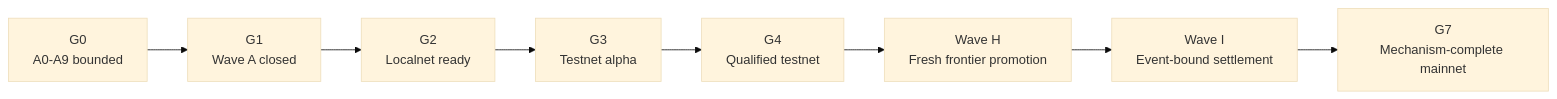
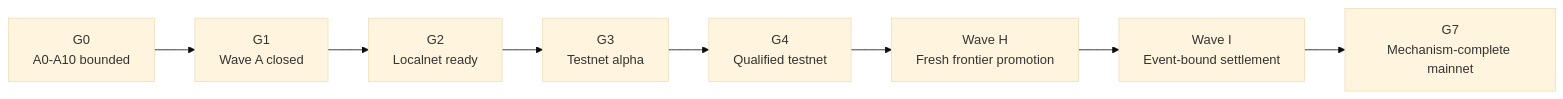
The diagram in launch/Carbon_Testnet_to_Mainnet_Launch_Path_v1.0.1.md (carbonphysicsai/Carbon), drawn with Mermaid (base theme) before and after one commit. The commit also changed other lines of this file and 9 other files, not shown here.

````diff
--- a/launch/Carbon_Testnet_to_Mainnet_Launch_Path_v1.0.1.md
+++ b/launch/Carbon_Testnet_to_Mainnet_Launch_Path_v1.0.1.md
@@ -172,10 +172,10 @@
 ```mermaid
 flowchart LR
-    G0["G0<br/>A0-A9 bounded"] --> G1["G1<br/>Wave A closed"]
+    G0["G0<br/>A0-A10 bounded"] --> G1["G1<br/>Wave A closed"]
     G1 --> G2["G2<br/>Localnet ready"]
     G2 --> G3["G3<br/>Testnet alpha"]
     G3 --> G4["G4<br/>Qualified testnet"]
     G4 --> H["Wave H<br/>Fresh frontier promotion"]
     H --> I["Wave I<br/>Event-bound settlement"]
     I --> G7["G7<br/>Mechanism-complete mainnet"]
 ```
````
